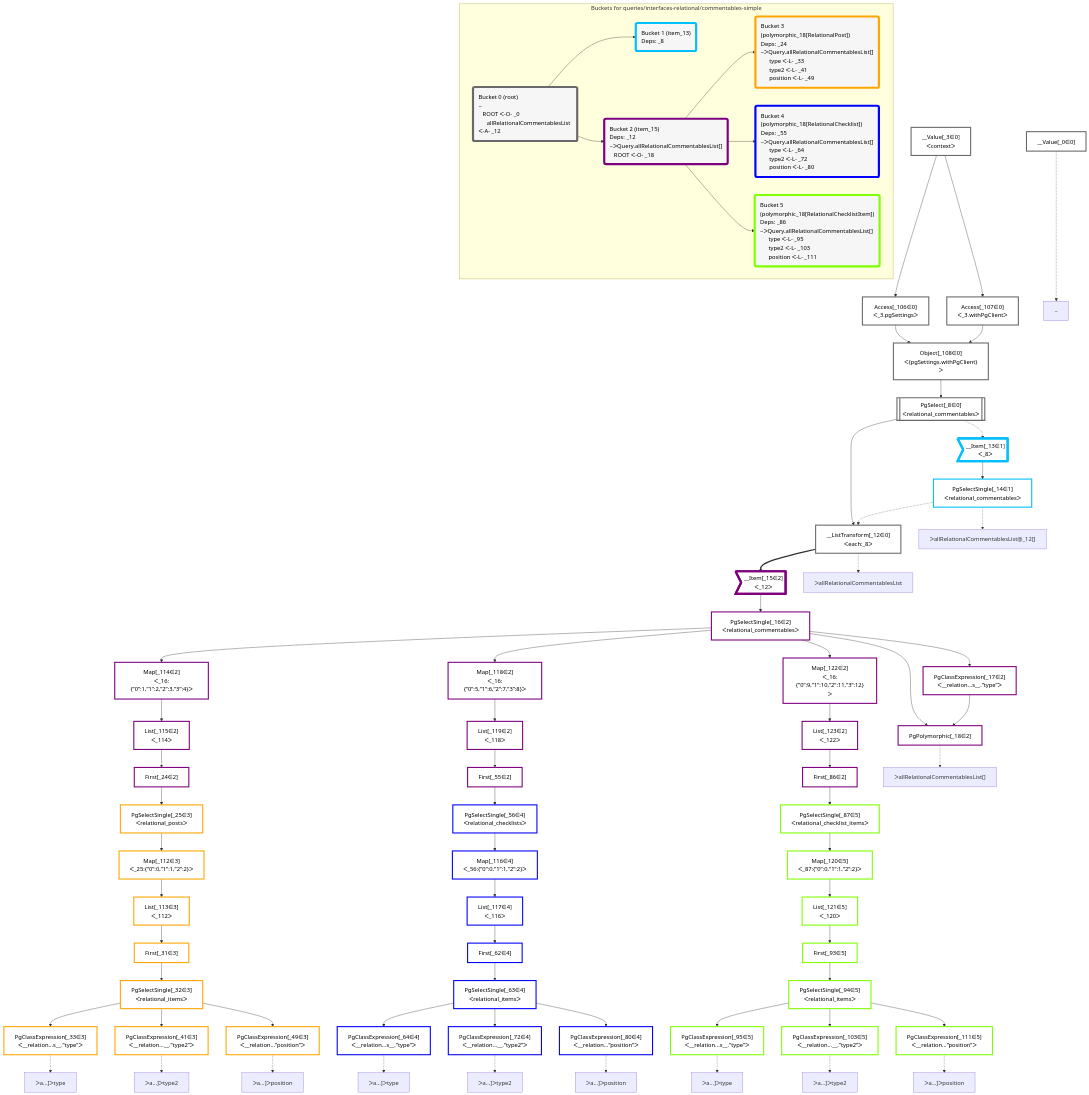
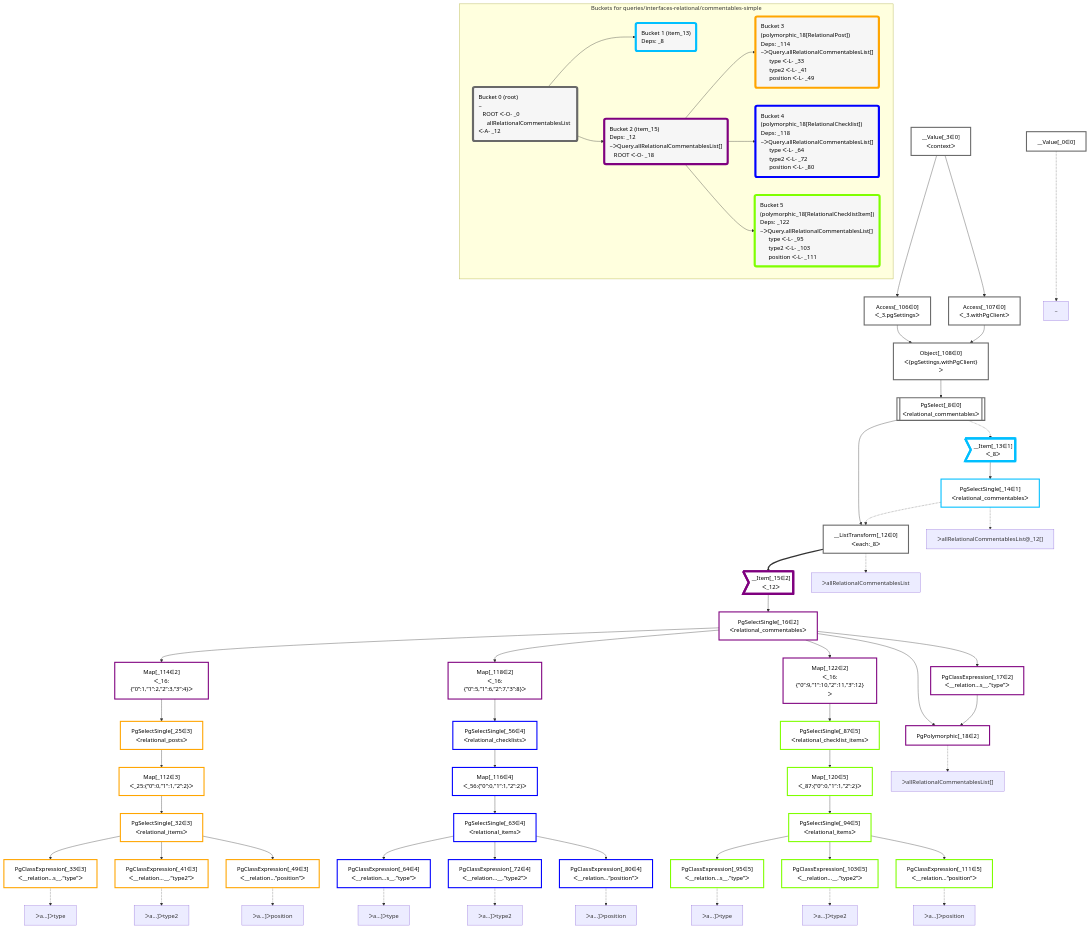
Before and after one commit to graphile/crystal: the diagram in packages/dataplan-pg/__tests__/queries/interfaces-relational/commentables-simple.mermaid.md, drawn with Mermaid. The commit also changed 67 other files, not shown here.

```diff
--- a/packages/dataplan-pg/__tests__/queries/interfaces-relational/commentables-simple.mermaid.md
+++ b/packages/dataplan-pg/__tests__/queries/interfaces-relational/commentables-simple.mermaid.md
@@ -18,23 +18,17 @@
     PgSelectSingle_16["PgSelectSingle[_16∈2]<br />ᐸrelational_commentablesᐳ"]:::plan
     PgClassExpression_17["PgClassExpression[_17∈2]<br />ᐸ__relation...s__.”type”ᐳ"]:::plan
     PgPolymorphic_18["PgPolymorphic[_18∈2]"]:::plan
-    First_24["First[_24∈2]"]:::plan
     PgSelectSingle_25["PgSelectSingle[_25∈3]<br />ᐸrelational_postsᐳ"]:::plan
-    First_31["First[_31∈3]"]:::plan
     PgSelectSingle_32["PgSelectSingle[_32∈3]<br />ᐸrelational_itemsᐳ"]:::plan
     PgClassExpression_33["PgClassExpression[_33∈3]<br />ᐸ__relation...s__.”type”ᐳ"]:::plan
     PgClassExpression_41["PgClassExpression[_41∈3]<br />ᐸ__relation...__.”type2”ᐳ"]:::plan
     PgClassExpression_49["PgClassExpression[_49∈3]<br />ᐸ__relation...”position”ᐳ"]:::plan
-    First_55["First[_55∈2]"]:::plan
     PgSelectSingle_56["PgSelectSingle[_56∈4]<br />ᐸrelational_checklistsᐳ"]:::plan
-    First_62["First[_62∈4]"]:::plan
     PgSelectSingle_63["PgSelectSingle[_63∈4]<br />ᐸrelational_itemsᐳ"]:::plan
     PgClassExpression_64["PgClassExpression[_64∈4]<br />ᐸ__relation...s__.”type”ᐳ"]:::plan
     PgClassExpression_72["PgClassExpression[_72∈4]<br />ᐸ__relation...__.”type2”ᐳ"]:::plan
     PgClassExpression_80["PgClassExpression[_80∈4]<br />ᐸ__relation...”position”ᐳ"]:::plan
-    First_86["First[_86∈2]"]:::plan
     PgSelectSingle_87["PgSelectSingle[_87∈5]<br />ᐸrelational_checklist_itemsᐳ"]:::plan
-    First_93["First[_93∈5]"]:::plan
     PgSelectSingle_94["PgSelectSingle[_94∈5]<br />ᐸrelational_itemsᐳ"]:::plan
     PgClassExpression_95["PgClassExpression[_95∈5]<br />ᐸ__relation...s__.”type”ᐳ"]:::plan
     PgClassExpression_103["PgClassExpression[_103∈5]<br />ᐸ__relation...__.”type2”ᐳ"]:::plan
@@ -43,17 +37,11 @@
     Object_108["Object[_108∈0]<br />ᐸ{pgSettings,withPgClient}ᐳ"]:::plan
     PgClassExpression_111["PgClassExpression[_111∈5]<br />ᐸ__relation...”position”ᐳ"]:::plan
     Map_112["Map[_112∈3]<br />ᐸ_25:{”0”:0,”1”:1,”2”:2}ᐳ"]:::plan
-    List_113["List[_113∈3]<br />ᐸ_112ᐳ"]:::plan
     Map_114["Map[_114∈2]<br />ᐸ_16:{”0”:1,”1”:2,”2”:3,”3”:4}ᐳ"]:::plan
-    List_115["List[_115∈2]<br />ᐸ_114ᐳ"]:::plan
     Map_116["Map[_116∈4]<br />ᐸ_56:{”0”:0,”1”:1,”2”:2}ᐳ"]:::plan
-    List_117["List[_117∈4]<br />ᐸ_116ᐳ"]:::plan
     Map_118["Map[_118∈2]<br />ᐸ_16:{”0”:5,”1”:6,”2”:7,”3”:8}ᐳ"]:::plan
-    List_119["List[_119∈2]<br />ᐸ_118ᐳ"]:::plan
     Map_120["Map[_120∈5]<br />ᐸ_87:{”0”:0,”1”:1,”2”:2}ᐳ"]:::plan
-    List_121["List[_121∈5]<br />ᐸ_120ᐳ"]:::plan
     Map_122["Map[_122∈2]<br />ᐸ_16:{”0”:9,”1”:10,”2”:11,”3”:12}ᐳ"]:::plan
-    List_123["List[_123∈2]<br />ᐸ_122ᐳ"]:::plan
 
     %% plan dependencies
     Object_108 --> PgSelect_8
@@ -66,24 +54,18 @@
     PgSelectSingle_16 --> PgClassExpression_17
     PgSelectSingle_16 --> PgPolymorphic_18
     PgClassExpression_17 --> PgPolymorphic_18
-    List_115 --> First_24
-    First_24 --> PgSelectSingle_25
-    List_113 --> First_31
-    First_31 --> PgSelectSingle_32
+    Map_114 --> PgSelectSingle_25
+    Map_112 --> PgSelectSingle_32
     PgSelectSingle_32 --> PgClassExpression_33
     PgSelectSingle_32 --> PgClassExpression_41
     PgSelectSingle_32 --> PgClassExpression_49
-    List_119 --> First_55
-    First_55 --> PgSelectSingle_56
-    List_117 --> First_62
-    First_62 --> PgSelectSingle_63
+    Map_118 --> PgSelectSingle_56
+    Map_116 --> PgSelectSingle_63
     PgSelectSingle_63 --> PgClassExpression_64
     PgSelectSingle_63 --> PgClassExpression_72
     PgSelectSingle_63 --> PgClassExpression_80
-    List_123 --> First_86
-    First_86 --> PgSelectSingle_87
-    List_121 --> First_93
-    First_93 --> PgSelectSingle_94
+    Map_122 --> PgSelectSingle_87
+    Map_120 --> PgSelectSingle_94
     PgSelectSingle_94 --> PgClassExpression_95
     PgSelectSingle_94 --> PgClassExpression_103
     __Value_3 --> Access_106
@@ -92,17 +74,11 @@
     Access_107 --> Object_108
     PgSelectSingle_94 --> PgClassExpression_111
     PgSelectSingle_25 --> Map_112
-    Map_112 --> List_113
     PgSelectSingle_16 --> Map_114
-    Map_114 --> List_115
     PgSelectSingle_56 --> Map_116
-    Map_116 --> List_117
     PgSelectSingle_16 --> Map_118
-    Map_118 --> List_119
     PgSelectSingle_87 --> Map_120
-    Map_120 --> List_121
     PgSelectSingle_16 --> Map_122
-    Map_122 --> List_123
 
     %% plan-to-path relationships
     P_0["~"]
@@ -138,13 +114,13 @@
     classDef bucket1 stroke:#00bfff
     class __Item_13,PgSelectSingle_14 bucket1
     classDef bucket2 stroke:#7f007f
-    class __Item_15,PgSelectSingle_16,PgClassExpression_17,PgPolymorphic_18,First_24,First_55,First_86,Map_114,List_115,Map_118,List_119,Map_122,List_123 bucket2
+    class __Item_15,PgSelectSingle_16,PgClassExpression_17,PgPolymorphic_18,Map_114,Map_118,Map_122 bucket2
     classDef bucket3 stroke:#ffa500
-    class PgSelectSingle_25,First_31,PgSelectSingle_32,PgClassExpression_33,PgClassExpression_41,PgClassExpression_49,Map_112,List_113 bucket3
+    class PgSelectSingle_25,PgSelectSingle_32,PgClassExpression_33,PgClassExpression_41,PgClassExpression_49,Map_112 bucket3
     classDef bucket4 stroke:#0000ff
-    class PgSelectSingle_56,First_62,PgSelectSingle_63,PgClassExpression_64,PgClassExpression_72,PgClassExpression_80,Map_116,List_117 bucket4
+    class PgSelectSingle_56,PgSelectSingle_63,PgClassExpression_64,PgClassExpression_72,PgClassExpression_80,Map_116 bucket4
     classDef bucket5 stroke:#7fff00
-    class PgSelectSingle_87,First_93,PgSelectSingle_94,PgClassExpression_95,PgClassExpression_103,PgClassExpression_111,Map_120,List_121 bucket5
+    class PgSelectSingle_87,PgSelectSingle_94,PgClassExpression_95,PgClassExpression_103,PgClassExpression_111,Map_120 bucket5
 
     subgraph "Buckets for queries/interfaces-relational/commentables-simple"
     Bucket0("Bucket 0 (root)<br />~<br />⠀ROOT ᐸ-O- _0<br />⠀⠀allRelationalCommentablesList ᐸ-A- _12"):::bucket
@@ -155,13 +131,13 @@
     Bucket2("Bucket 2 (item_15)<br />Deps: _12<br />~ᐳQuery.allRelationalCommentablesList[]<br />⠀ROOT ᐸ-O- _18"):::bucket
     style Bucket2 stroke:#7f007f
     Bucket0 --> Bucket2
-    Bucket3("Bucket 3 (polymorphic_18[RelationalPost])<br />Deps: _24<br />~ᐳQuery.allRelationalCommentablesList[]<br />⠀⠀type ᐸ-L- _33<br />⠀⠀type2 ᐸ-L- _41<br />⠀⠀position ᐸ-L- _49"):::bucket
+    Bucket3("Bucket 3 (polymorphic_18[RelationalPost])<br />Deps: _114<br />~ᐳQuery.allRelationalCommentablesList[]<br />⠀⠀type ᐸ-L- _33<br />⠀⠀type2 ᐸ-L- _41<br />⠀⠀position ᐸ-L- _49"):::bucket
     style Bucket3 stroke:#ffa500
     Bucket2 --> Bucket3
-    Bucket4("Bucket 4 (polymorphic_18[RelationalChecklist])<br />Deps: _55<br />~ᐳQuery.allRelationalCommentablesList[]<br />⠀⠀type ᐸ-L- _64<br />⠀⠀type2 ᐸ-L- _72<br />⠀⠀position ᐸ-L- _80"):::bucket
+    Bucket4("Bucket 4 (polymorphic_18[RelationalChecklist])<br />Deps: _118<br />~ᐳQuery.allRelationalCommentablesList[]<br />⠀⠀type ᐸ-L- _64<br />⠀⠀type2 ᐸ-L- _72<br />⠀⠀position ᐸ-L- _80"):::bucket
     style Bucket4 stroke:#0000ff
     Bucket2 --> Bucket4
-    Bucket5("Bucket 5 (polymorphic_18[RelationalChecklistItem])<br />Deps: _86<br />~ᐳQuery.allRelationalCommentablesList[]<br />⠀⠀type ᐸ-L- _95<br />⠀⠀type2 ᐸ-L- _103<br />⠀⠀position ᐸ-L- _111"):::bucket
+    Bucket5("Bucket 5 (polymorphic_18[RelationalChecklistItem])<br />Deps: _122<br />~ᐳQuery.allRelationalCommentablesList[]<br />⠀⠀type ᐸ-L- _95<br />⠀⠀type2 ᐸ-L- _103<br />⠀⠀position ᐸ-L- _111"):::bucket
     style Bucket5 stroke:#7fff00
     Bucket2 --> Bucket5
     end
```
